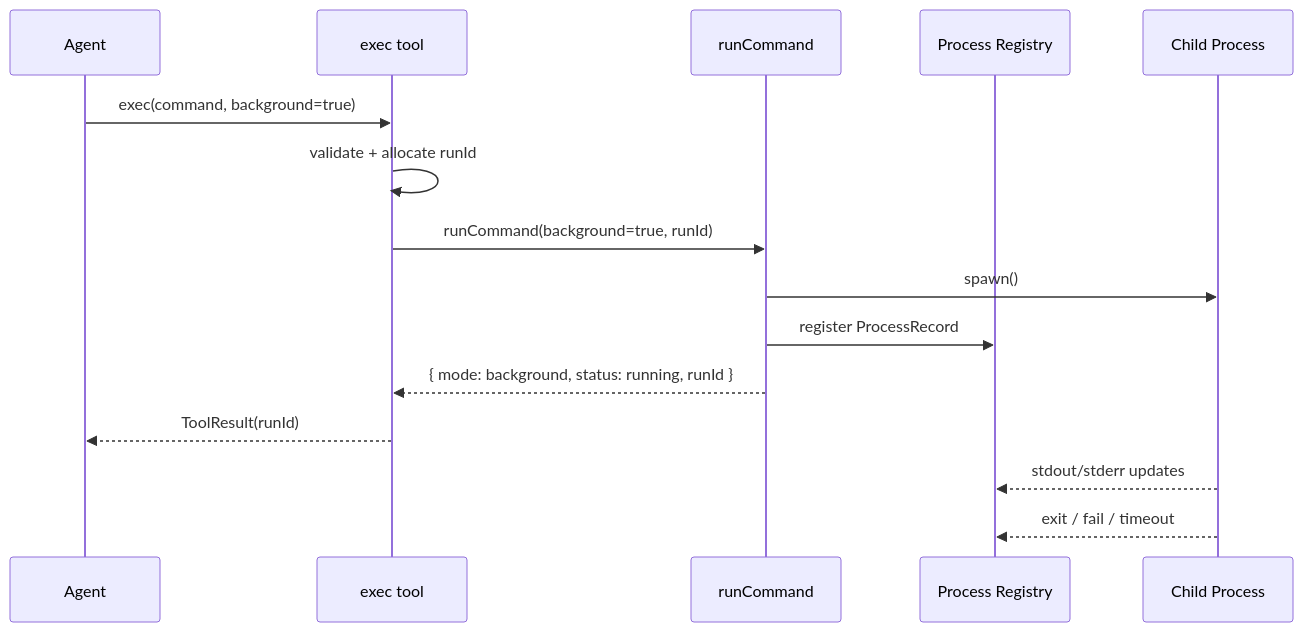
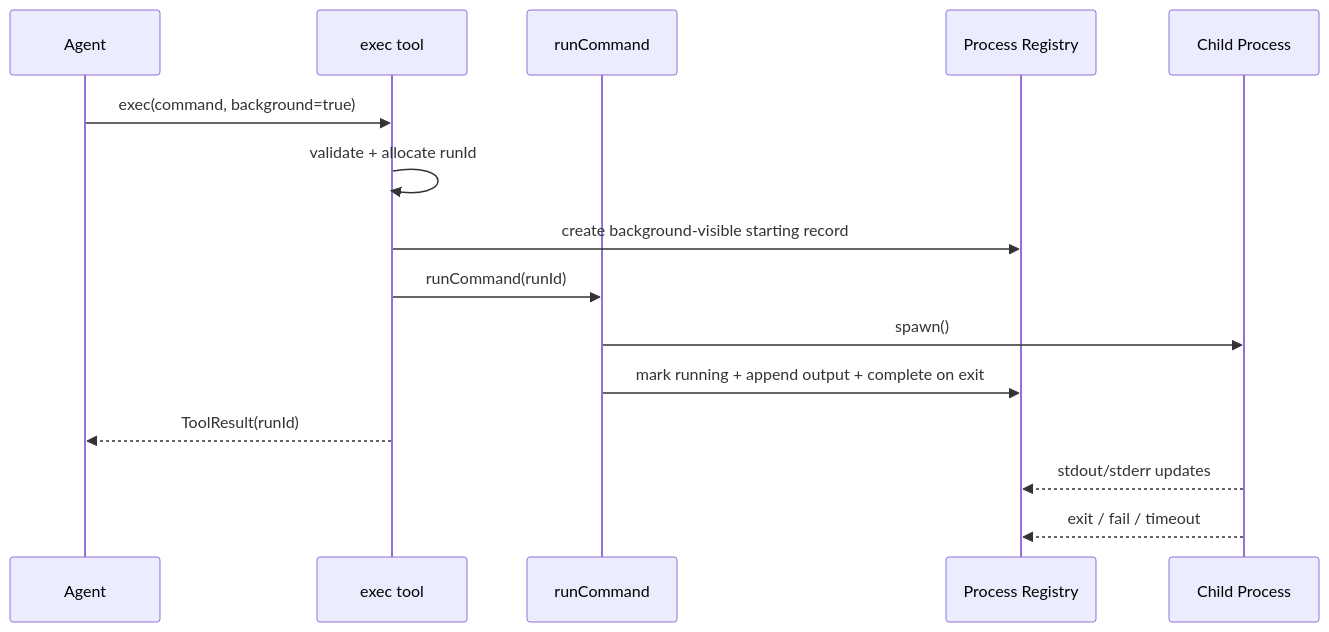
The fifth of 9 diagrams in docs/exec-process-flow-design.md (luciferwww/my-agent), drawn with Mermaid before and after one commit. The commit also changed other lines of this file and 26 other files, not shown here.

First line of the commit message:
feat(tools): ship v1 exec/process background workflow

````diff
--- a/docs/exec-process-flow-design.md
+++ b/docs/exec-process-flow-design.md
@@ -454,18 +760,18 @@
 ```mermaid
 sequenceDiagram
     participant A as Agent
     participant E as exec tool
     participant R as runCommand
     participant G as Process Registry
     participant P as Child Process
 
     A->>E: exec(command, background=true)
     E->>E: validate + allocate runId
-    E->>R: runCommand(background=true, runId)
+    E->>G: create background-visible starting record
+    E->>R: runCommand(runId)
     R->>P: spawn()
-    R->>G: register ProcessRecord
-    R-->>E: { mode: background, status: running, runId }
+    R->>G: mark running + append output + complete on exit
     E-->>A: ToolResult(runId)
     P-->>G: stdout/stderr updates
     P-->>G: exit / fail / timeout
 ```
````
